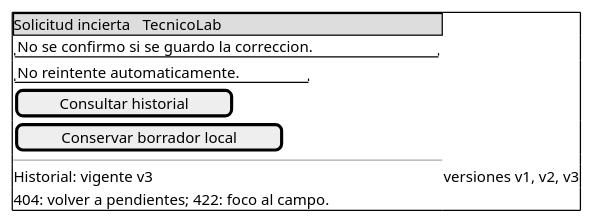
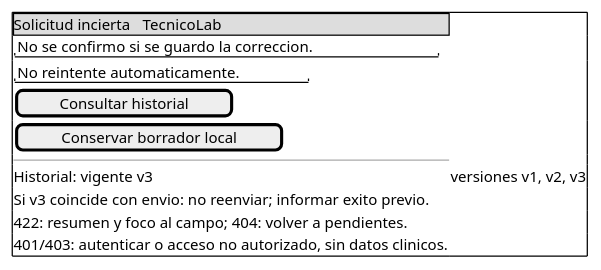
The diagram in docs/modulos/ingreso-resultados-laboratorio/semana-10/wireframes/04-error-historial-movil.puml (orem6/SistemaHospitalarioPersonal-keily), drawn with PlantUML before and after one commit. The commit also changed 10 other files, not shown here.

```diff
--- a/docs/modulos/ingreso-resultados-laboratorio/semana-10/wireframes/04-error-historial-movil.puml
+++ b/docs/modulos/ingreso-resultados-laboratorio/semana-10/wireframes/04-error-historial-movil.puml
@@ -1,12 +1,14 @@
 @startsalt
 {+
 {* Solicitud incierta | TecnicoLab }
 "No se confirmo si se guardo la correccion."
 "No reintente automaticamente."
 [ Consultar historial ]
 [ Conservar borrador local ]
 --
 Historial: vigente v3 | versiones v1, v2, v3
-404: volver a pendientes; 422: foco al campo.
+Si v3 coincide con envio: no reenviar; informar exito previo.
+422: resumen y foco al campo; 404: volver a pendientes.
+401/403: autenticar o acceso no autorizado, sin datos clinicos.
 }
 @endsalt
```
